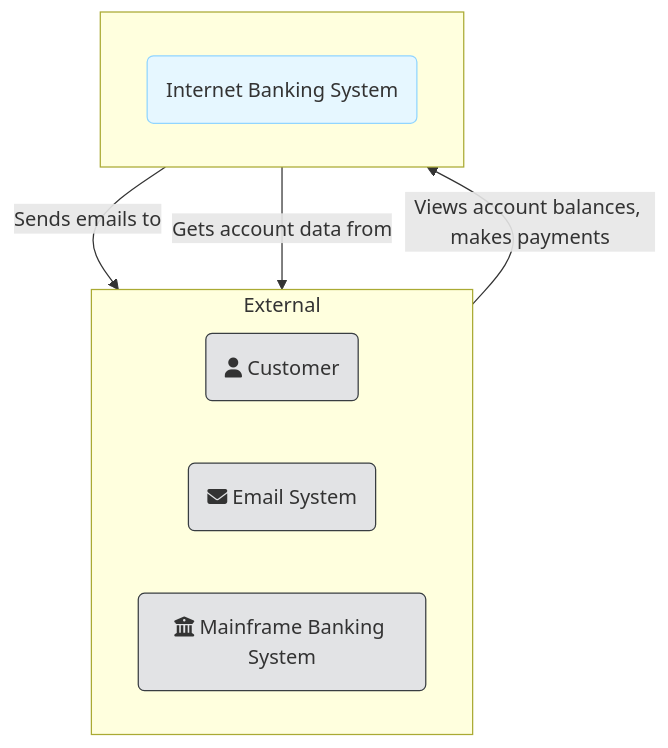
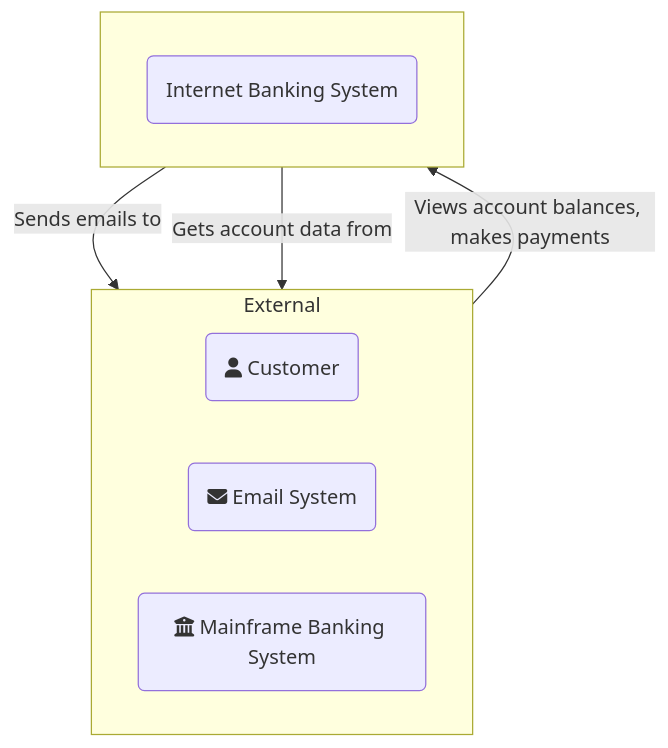
Before and after one commit to sujith-eag/sujith-library: the first of 8 diagrams in docs/software-modeling/c4-model.md, drawn with Mermaid. The commit also changed other lines of this file and 41 other files, not shown here.

First line of the commit message:
Refactor diagrams and remove redundant styles in documentation

````diff
--- a/docs/software-modeling/c4-model.md
+++ b/docs/software-modeling/c4-model.md
@@ -24,23 +24,18 @@
 ```mermaid
 graph TD
     subgraph "External"
         direction LR
         user(fa:fa-user Customer)
         email_system(fa:fa-envelope Email System)
         mainframe(fa:fa-university Mainframe Banking System)
     end
 
     subgraph " "
       direction LR
       system(Internet Banking System)
     end
     
     user -- "Views account balances, makes payments" --> system
     system -- "Sends emails to" --> email_system
     system -- "Gets account data from" --> mainframe
-
-    style system fill:#e6f7ff,stroke:#91d5ff
-    style user fill:#e2e3e5,stroke:#383d41
-    style email_system fill:#e2e3e5,stroke:#383d41
-    style mainframe fill:#e2e3e5,stroke:#383d41
 ```
````
